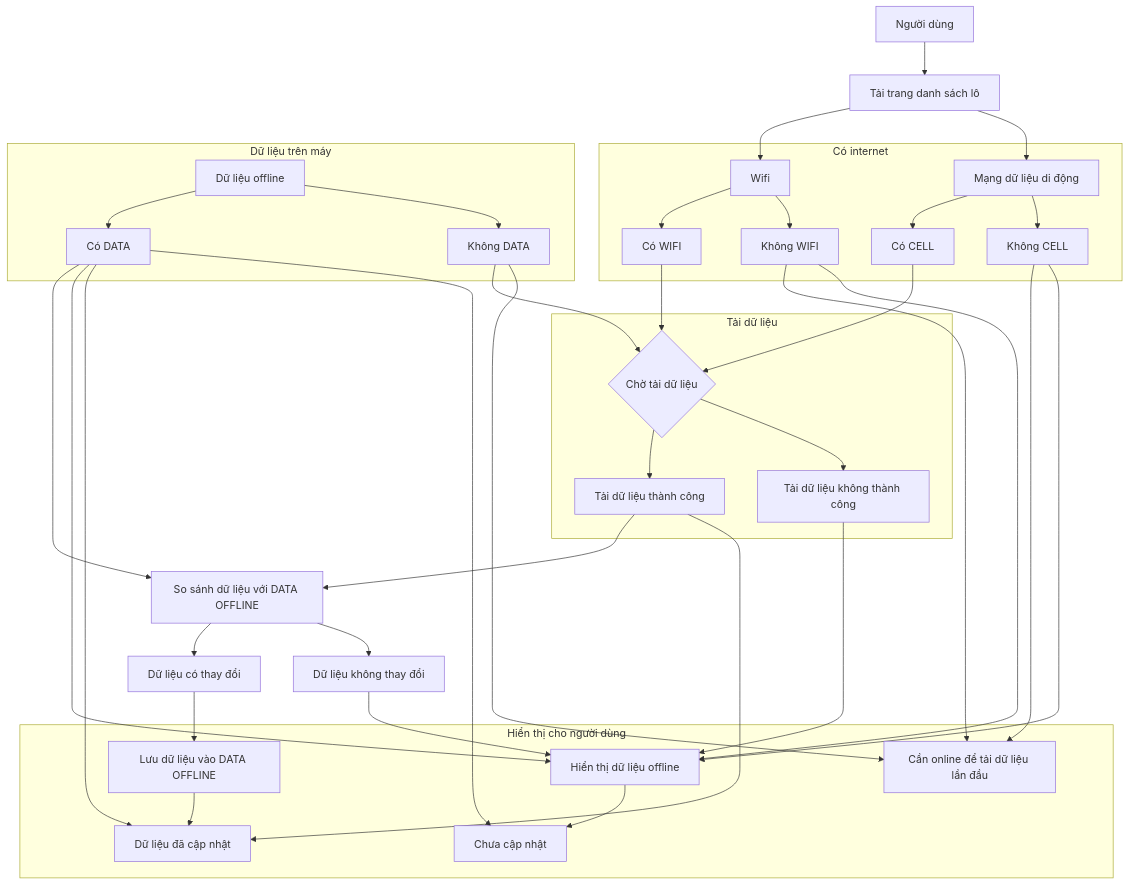
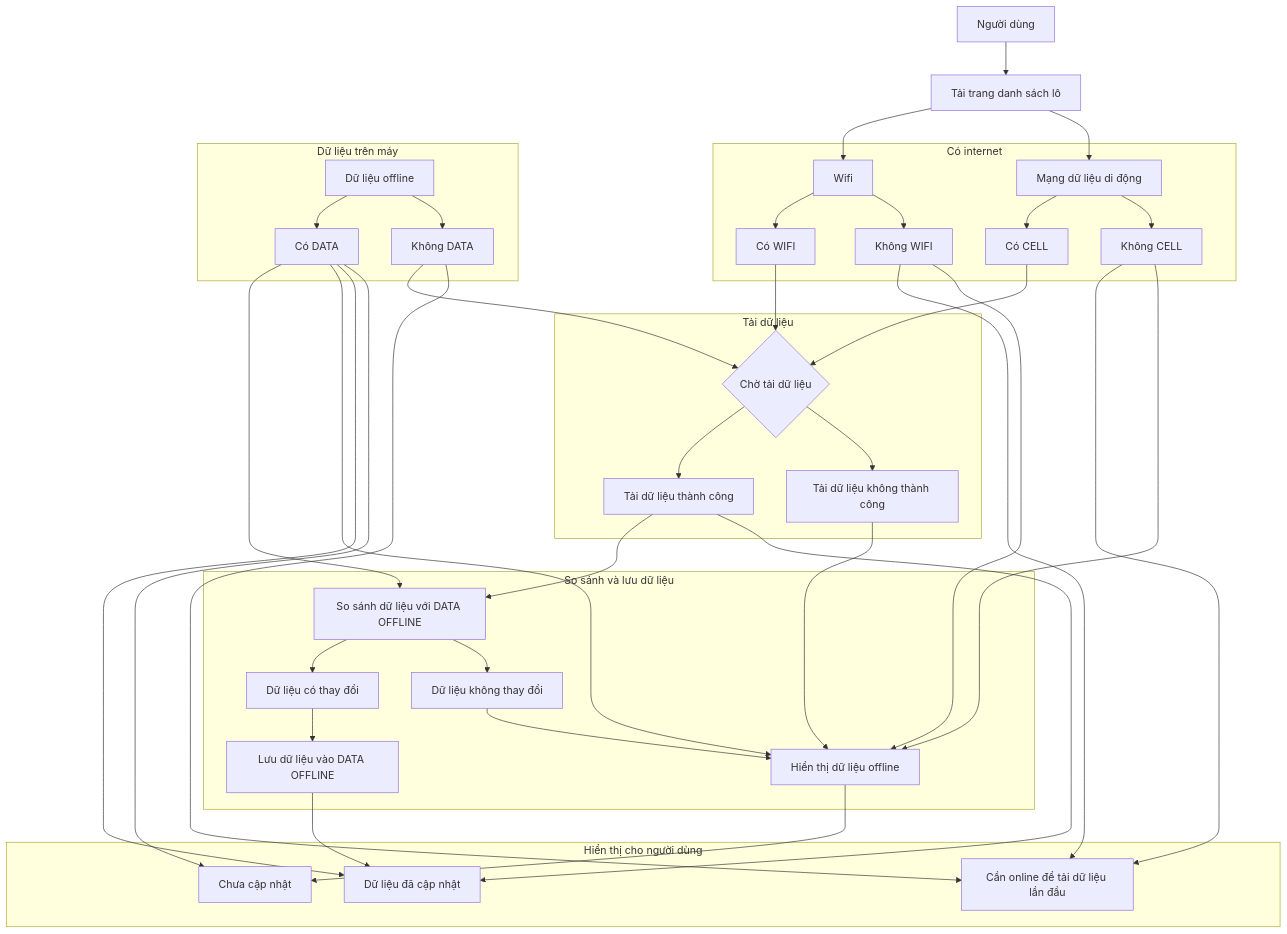
The diagram in docs/batches-flow.md (trethanhphat/tre-thanh-phat-pwa-docs), drawn with Mermaid before and after one commit.

```diff
--- a/docs/batches-flow.md
+++ b/docs/batches-flow.md
@@ -55,22 +55,26 @@
 end
 
 
+subgraph SYNC["So sánh và lưu dữ liệu"]
+COMPARE["So sánh dữ liệu với DATA OFFLINE"]
+    DATA-Y --> COMPARE
+    FETCH-Y --> COMPARE
 
+    COMPARE --> COMPARE-Y["Dữ liệu có thay đổi"]
+    COMPARE --> COMPARE-N["Dữ liệu không thay đổi"]
 
-COMPARE["So sánh dữ liệu với DATA OFFLINE"]
+SAVE["Lưu dữ liệu vào DATA OFFLINE"]
+    COMPARE-Y --> SAVE
 
-DATA-Y --> COMPARE
-FETCH-Y --> COMPARE
-
-COMPARE --> COMPARE-Y["Dữ liệu có thay đổi"]
-COMPARE --> COMPARE-N["Dữ liệu không thay đổi"]
+    COMPARE-N --> OFFLINE
+end
 
 
 
-SAVE["Lưu dữ liệu vào DATA OFFLINE"]
 
-COMPARE-Y --> SAVE
-COMPARE-N --> OFFLINE
+
+
+
 
 
 
```
